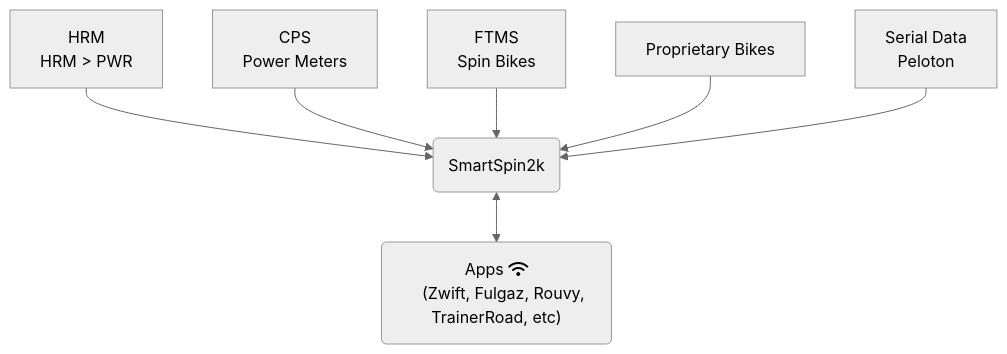
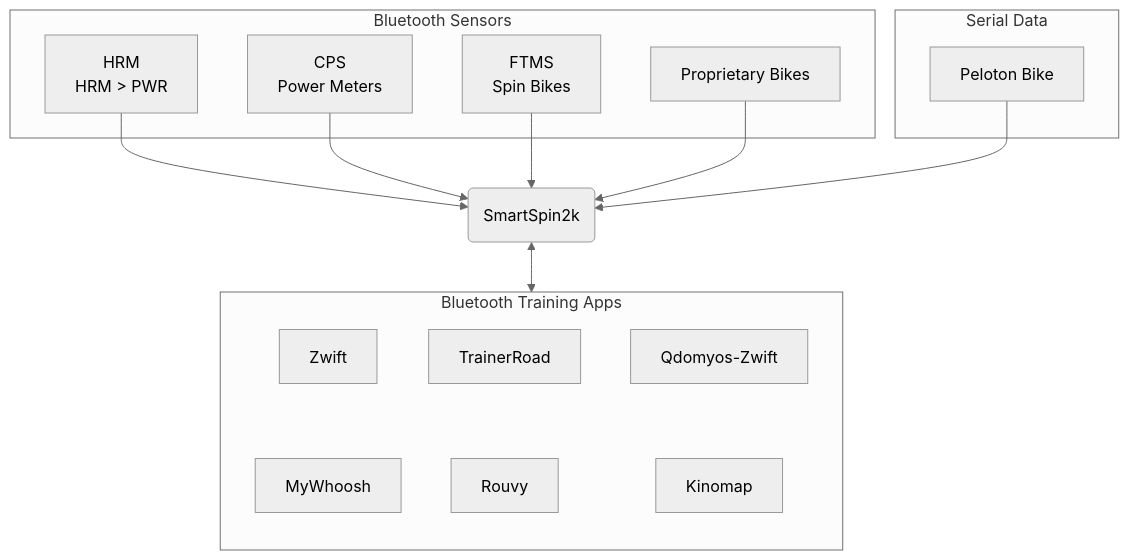
One commit to SmartSpin2K/SS2K-Documentation changed the diagram in about.md. Above: the diagram before and after it, drawn with Mermaid (neutral theme). The commit also changed other lines of this file and 3 other files, not shown here.

Commit message:
flowchart update

````diff
--- a/about.md
+++ b/about.md
@@ -29,11 +26,22 @@
 ```mermaid!
+%%{init: {"flowchart": {"htmlLabels": false}} }%%
 flowchart TD
-    A[HRM <br> HRM > PWR]
+    subgraph Bluetooth Sensors
+    A[HRM <br>HRM > PWR]
     B[CPS <br> Power Meters]
     C[FTMS <BR> Spin Bikes]
     D[Proprietary Bikes]
-    E[Serial Data <br> Peloton]
+    end
+    subgraph Serial Data
+    E[Peloton Bike]
+    end
     A & B & C & D & E --> F(SmartSpin2k)
-    F <--> G("Apps fa:fa-wifi
-    (Zwift, Fulgaz, Rouvy, TrainerRoad, etc)")
+    
+    subgraph two[Bluetooth Training Apps]
+    direction TB
+    Zwift ~~~ MyWhoosh
+    TrainerRoad ~~~ Rouvy
+    Qdomyos-Zwift ~~~ Kinomap
+    end 
+    F <--> two
 ```
````
